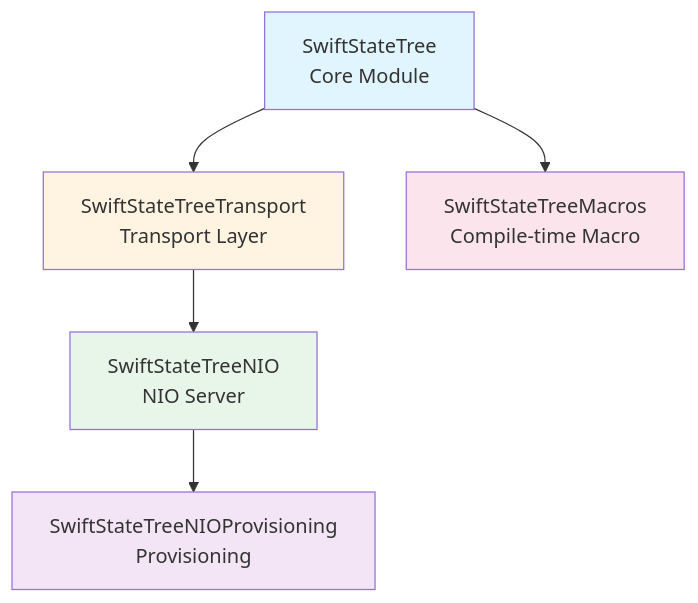
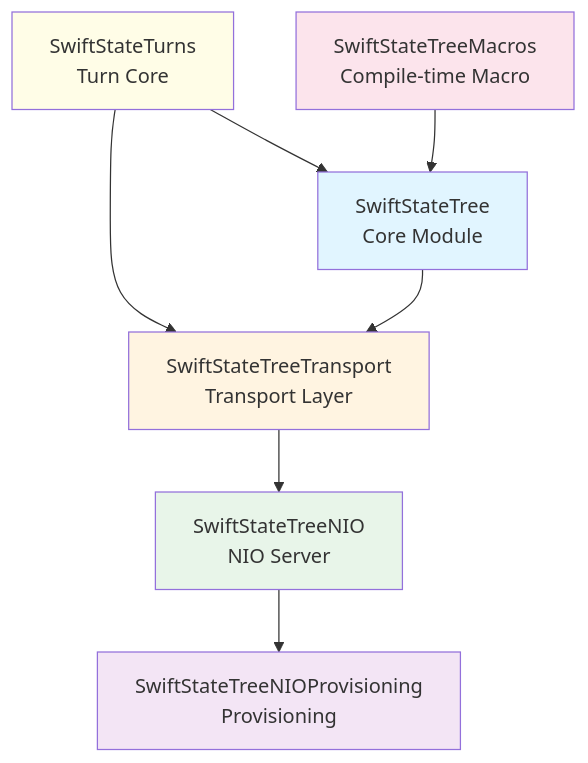
One commit to gmliao/swift-state-tree changed the first of 5 diagrams in docs/overview.md. Above: the diagram before and after it, drawn with Mermaid. The commit also changed other lines of this file and 9 other files, not shown here.

First line of the commit message:
Raise the remaining Swift floor mentions to 6.2 and map SwiftStateTurns (#546)

````diff
--- a/docs/overview.md
+++ b/docs/overview.md
@@ -26,19 +27,23 @@
 ```mermaid
 graph TD
     Core[SwiftStateTree<br/>Core Module]
     Transport[SwiftStateTreeTransport<br/>Transport Layer]
     NIO[SwiftStateTreeNIO<br/>NIO Server]
     Provisioning[SwiftStateTreeNIOProvisioning<br/>Provisioning]
     Macros[SwiftStateTreeMacros<br/>Compile-time Macro]
+    Turns[SwiftStateTurns<br/>Turn Core]
     
+    Turns --> Core
+    Turns --> Transport
+    Macros --> Core
     Core --> Transport
-    Core --> Macros
     Transport --> NIO
     NIO --> Provisioning
     
     style Core fill:#e1f5ff
     style Transport fill:#fff4e1
     style NIO fill:#e8f5e9
     style Provisioning fill:#f3e5f5
     style Macros fill:#fce4ec
+    style Turns fill:#fffde7
 ```
````
